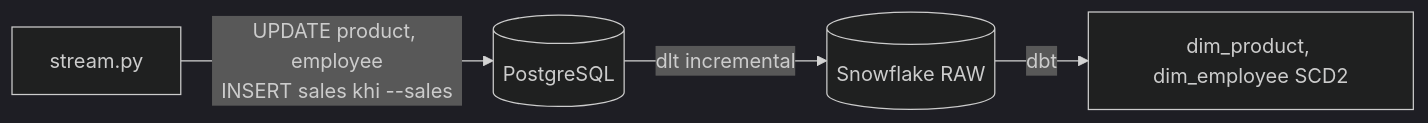
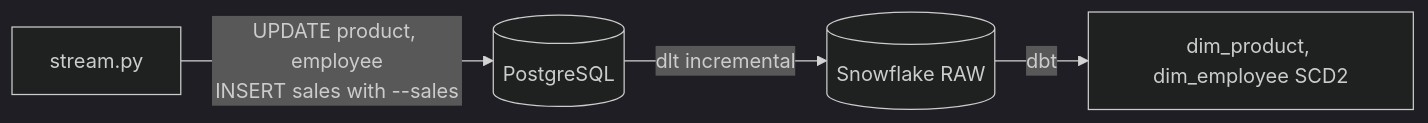
One commit to whtbl3/retail-pulse changed the second of 3 diagrams in docs/design/data-generator.md. Above: the diagram before and after it, drawn with Mermaid (dark theme). The commit also changed other lines of this file and 64 other files, not shown here.

````diff
--- a/docs/design/data-generator.md
+++ b/docs/design/data-generator.md
@@ -93,6 +93,6 @@
 ```mermaid
 flowchart LR
-    S[stream.py] -->|UPDATE product, employee<br/>INSERT sales khi --sales| PG[(PostgreSQL)]
+    S[stream.py] -->|UPDATE product, employee<br/>INSERT sales with --sales| PG[(PostgreSQL)]
     PG -->|dlt incremental| RAW[(Snowflake RAW)]
     RAW -->|dbt| DIM[dim_product, dim_employee SCD2]
 ```
````
